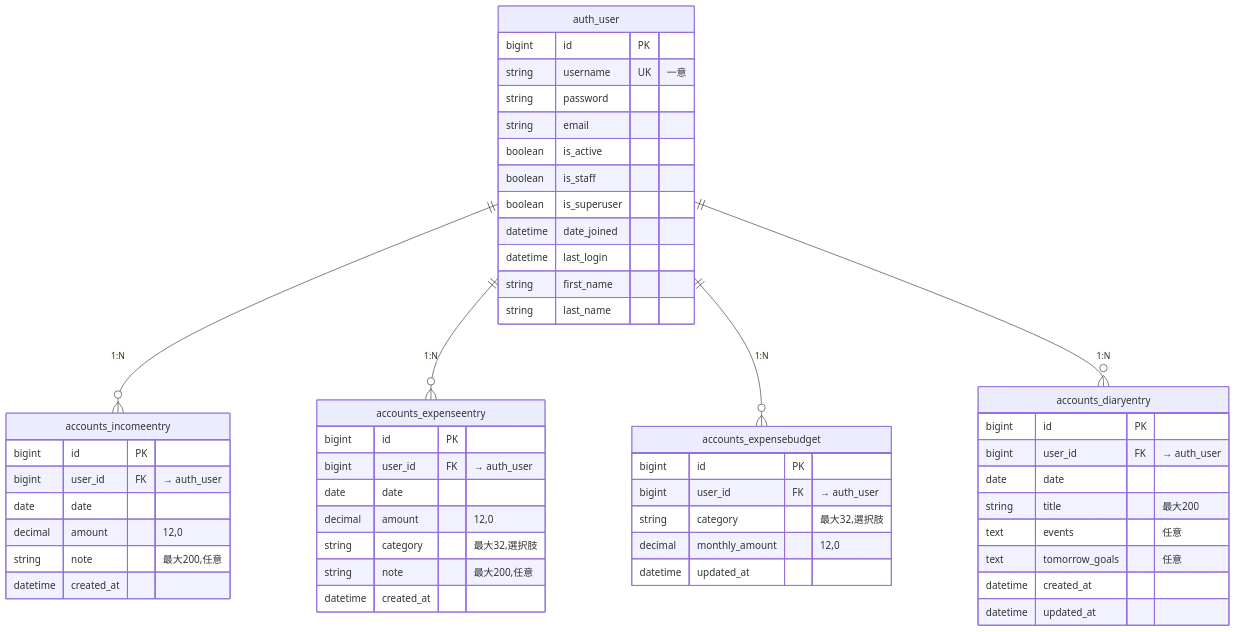
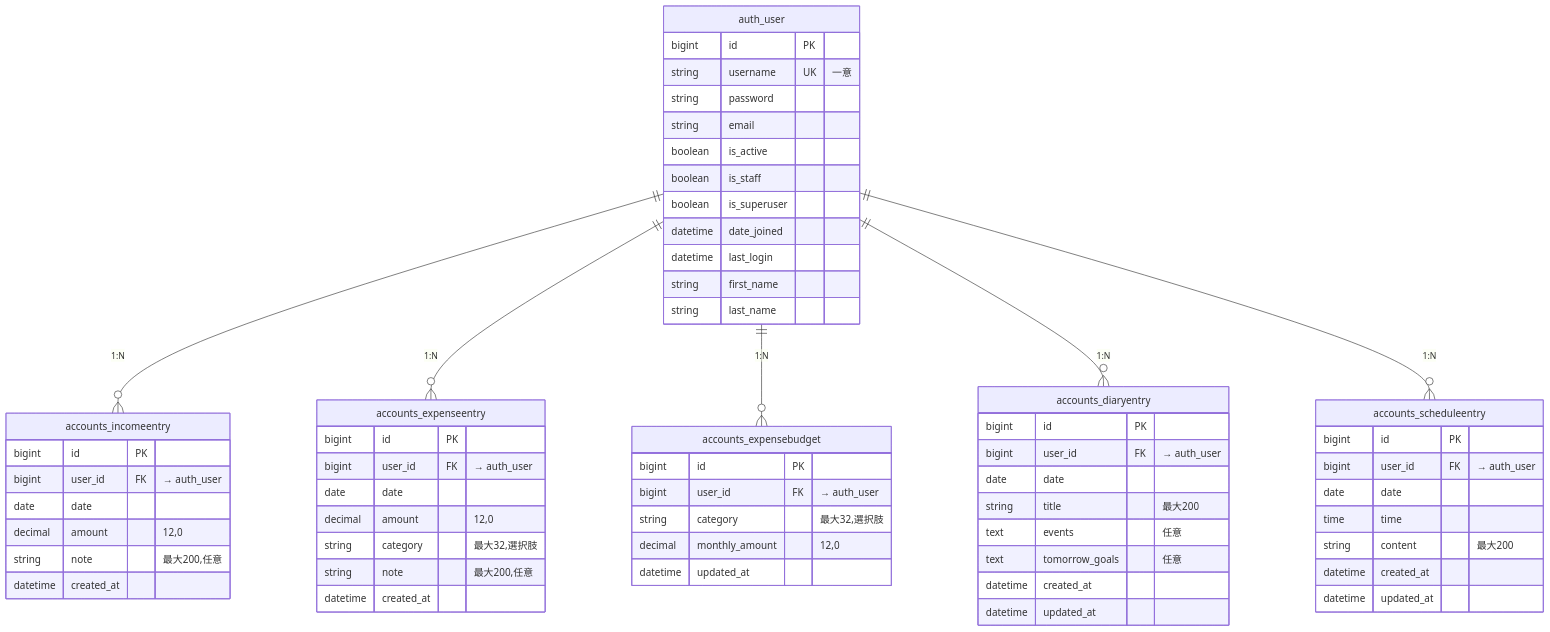
One commit to youhonami/house changed the diagram in docs/database-design.md. Above: the diagram before and after it, drawn with Mermaid. The commit also changed other lines of this file and 7 other files, not shown here.

````diff
--- a/docs/database-design.md
+++ b/docs/database-design.md
@@ -25,59 +26,70 @@
 ```mermaid
 erDiagram
     auth_user ||--o{ accounts_incomeentry : "1:N"
     auth_user ||--o{ accounts_expenseentry : "1:N"
     auth_user ||--o{ accounts_expensebudget : "1:N"
     auth_user ||--o{ accounts_diaryentry : "1:N"
+    auth_user ||--o{ accounts_scheduleentry : "1:N"
 
     auth_user {
         bigint id PK
         string username UK "一意"
         string password
         string email
         boolean is_active
         boolean is_staff
         boolean is_superuser
         datetime date_joined
         datetime last_login
         string first_name
         string last_name
     }
 
     accounts_incomeentry {
         bigint id PK
         bigint user_id FK "→ auth_user"
         date date
         decimal amount "12,0"
         string note "最大200,任意"
         datetime created_at
     }
 
     accounts_expenseentry {
         bigint id PK
         bigint user_id FK "→ auth_user"
         date date
         decimal amount "12,0"
         string category "最大32,選択肢"
         string note "最大200,任意"
         datetime created_at
     }
 
     accounts_expensebudget {
         bigint id PK
         bigint user_id FK "→ auth_user"
         string category "最大32,選択肢"
         decimal monthly_amount "12,0"
         datetime updated_at
     }
 
     accounts_diaryentry {
         bigint id PK
         bigint user_id FK "→ auth_user"
         date date
         string title "最大200"
         text events "任意"
         text tomorrow_goals "任意"
         datetime created_at
         datetime updated_at
     }
+
+    accounts_scheduleentry {
+        bigint id PK
+        bigint user_id FK "→ auth_user"
+        date date
+        time time
+        string content "最大200"
+        datetime created_at
+        datetime updated_at
+    }
 ```
````
